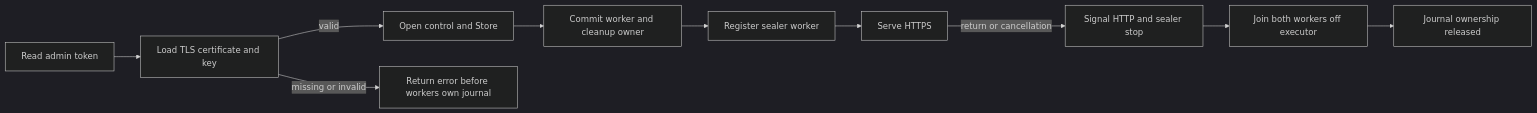
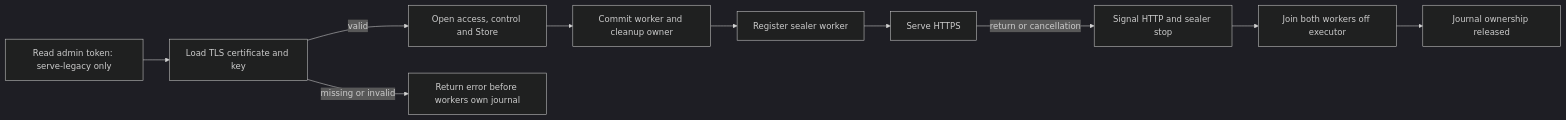
One commit to kmosoti/FabricO11y changed the diagram in docs/diagrams/server-startup.mmd. Above: the diagram before and after it, drawn with Mermaid (dark theme). The commit also changed 12 other files, not shown here.

```diff
--- a/docs/diagrams/server-startup.mmd
+++ b/docs/diagrams/server-startup.mmd
@@ -1,10 +1,10 @@
 flowchart LR
-    Admin[Read admin token] --> TLS[Load TLS certificate and key]
-    TLS -->|valid| Store[Open control and Store]
+    Admin[Read admin token: serve-legacy only] --> TLS[Load TLS certificate and key]
+    TLS -->|valid| Store[Open access, control and Store]
     TLS -->|missing or invalid| Error[Return error before workers own journal]
     Store --> Owner[Commit worker and cleanup owner]
     Owner --> Workers[Register sealer worker]
     Workers --> HTTPS[Serve HTTPS]
     HTTPS -->|return or cancellation| Stop[Signal HTTP and sealer stop]
     Stop --> Join[Join both workers off executor]
     Join --> Release[Journal ownership released]
```
